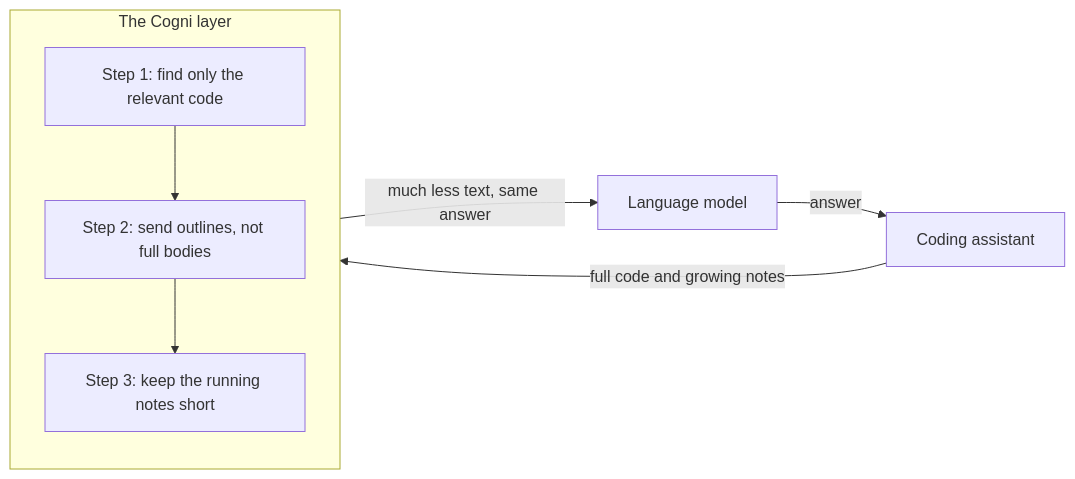
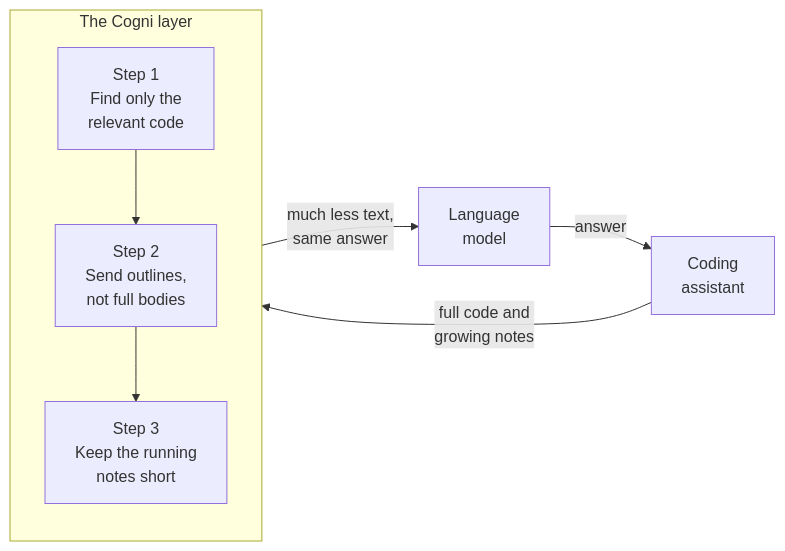
Before and after one commit to islamborghini/cogni2: the diagram in docs/how-it-works.md, drawn with Mermaid.

Commit message:
docs: wrap diagram labels so text no longer clips

````diff
--- a/docs/how-it-works.md
+++ b/docs/how-it-works.md
@@ -9,15 +9,14 @@
 ```mermaid
 flowchart LR
-    A["Coding assistant"]
+    A["Coding<br/>assistant"]
+    A -->|"full code and<br/>growing notes"| C
     subgraph C [The Cogni layer]
       direction TB
-      S1["Step 1: find only the relevant code"]
-      S2["Step 2: send outlines, not full bodies"]
-      S3["Step 3: keep the running notes short"]
+      S1["Step 1<br/>Find only the<br/>relevant code"]
+      S2["Step 2<br/>Send outlines,<br/>not full bodies"]
+      S3["Step 3<br/>Keep the running<br/>notes short"]
       S1 --> S2 --> S3
     end
-    M["Language model"]
-    A -->|"full code and growing notes"| C
-    C -->|"much less text, same answer"| M
+    C -->|"much less text,<br/>same answer"| M["Language<br/>model"]
     M -->|"answer"| A
 ```
````
